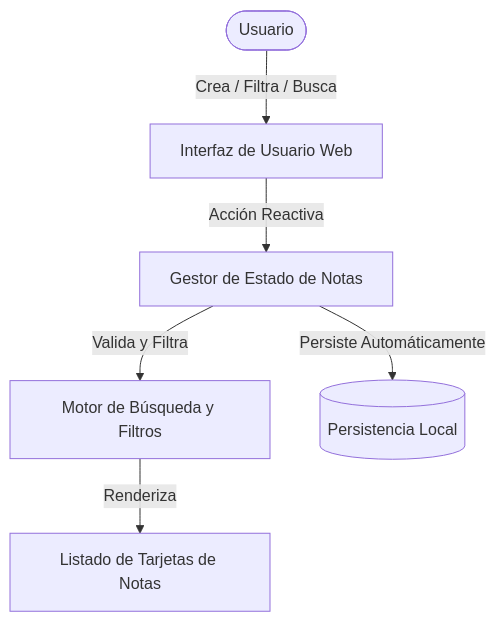
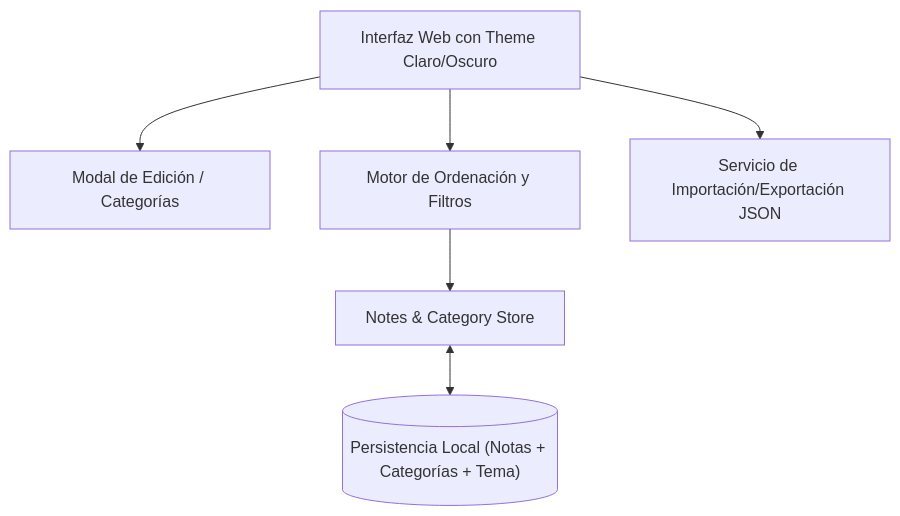
The diagram in specs/001-task-notes-manager/plan.md (nophos79/smartnotes), drawn with Mermaid before and after one commit. The commit also changed other lines of this file and 5 other files, not shown here.

Commit message:
feat(app): add editing, due dates, custom categories, sort, theme and backup

````diff
--- a/specs/001-task-notes-manager/plan.md
+++ b/specs/001-task-notes-manager/plan.md
@@ -23,8 +20,8 @@
 ```mermaid
 flowchart TD
-    User([Usuario]) -->|Crea / Filtra / Busca| UI[Interfaz de Usuario Web]
-    UI -->|Acción Reactiva| StateManager[Gestor de Estado de Notas]
-    StateManager -->|Valida y Filtra| FilterEngine[Motor de Búsqueda y Filtros]
-    FilterEngine -->|Renderiza| NoteList[Listado de Tarjetas de Notas]
-    StateManager -->|Persiste Automáticamente| LocalStorage[(Persistencia Local)]
+    UI[Interfaz Web con Theme Claro/Oscuro] --> Modal[Modal de Edición / Categorías]
+    UI --> SortEngine[Motor de Ordenación y Filtros]
+    UI --> BackupService[Servicio de Importación/Exportación JSON]
+    SortEngine --> Store[Notes & Category Store]
+    Store <--> LocalStorage[("Persistencia Local (Notas + Categorías + Tema)")]
 ```
````
